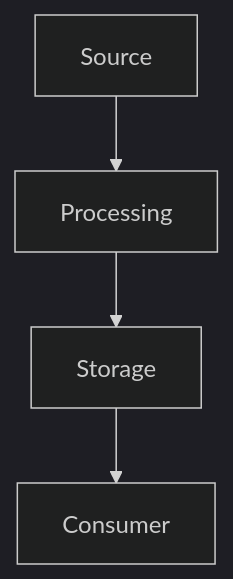
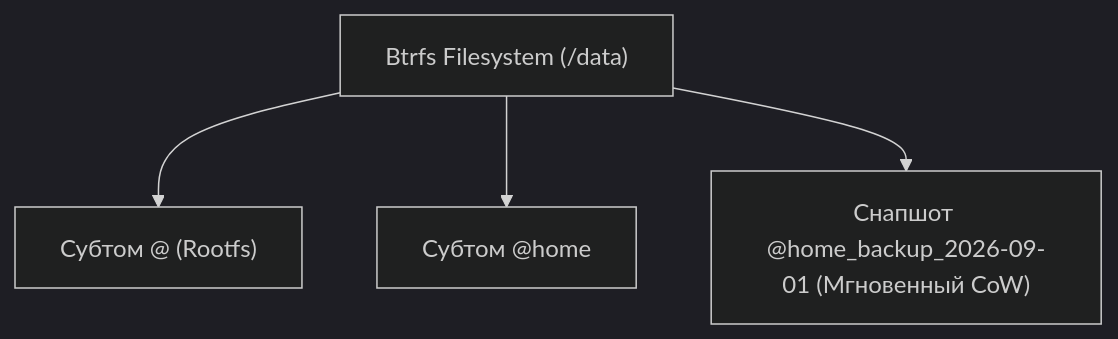
One commit to alisaalisaalisaalisas/doka changed the diagram in docs/01-linux-and-networking/16-xfs-and-btrfs.md. Above: the diagram before and after it, drawn with Mermaid (dark theme). The commit also changed other lines of this file and 154 other files, not shown here.

````diff
--- a/docs/01-linux-and-networking/16-xfs-and-btrfs.md
+++ b/docs/01-linux-and-networking/16-xfs-and-btrfs.md
@@ -15,6 +49,7 @@
 ```mermaid
 graph TD
-    A["Source"] --> B["Processing"]
-    B --> C["Storage"]
-    C --> D["Consumer"]
+    Root["Btrfs Filesystem (/data)"]
+    Root --> Subvol1["Субтом @ (Rootfs)"]
+    Root --> Subvol2["Субтом @home"]
+    Root --> Snap1["Снапшот @home_backup_2026-09-01 (Мгновенный CoW)"]
 ```
````
